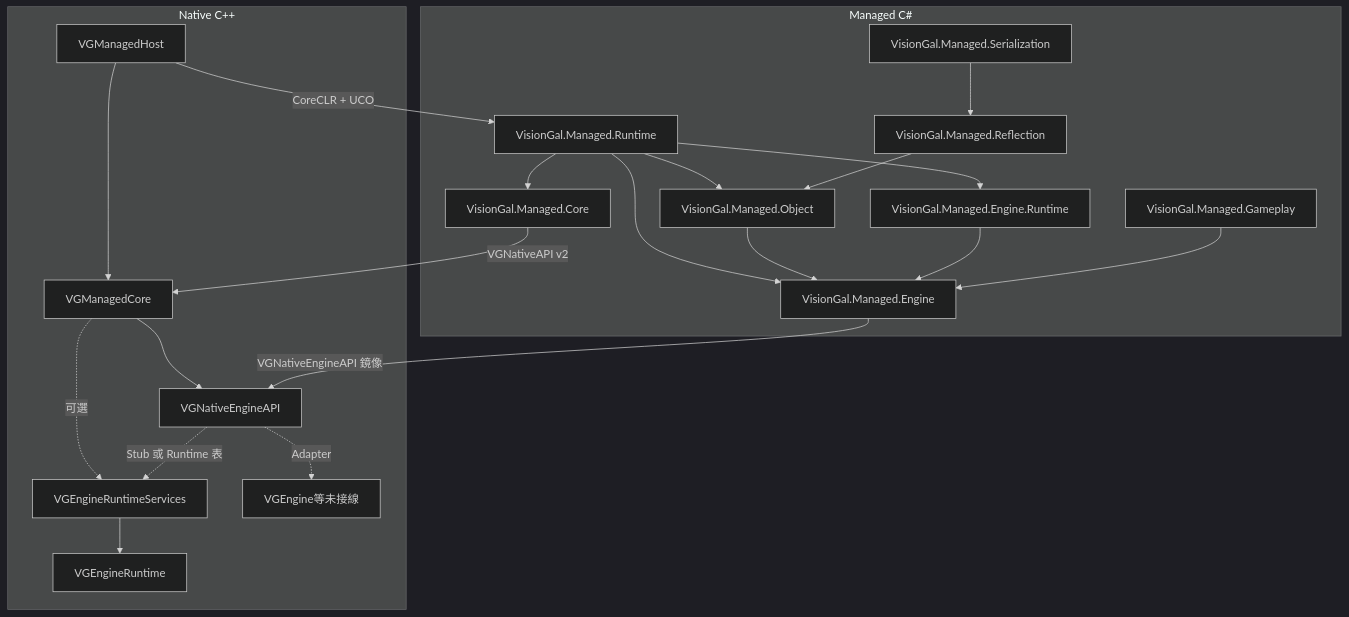
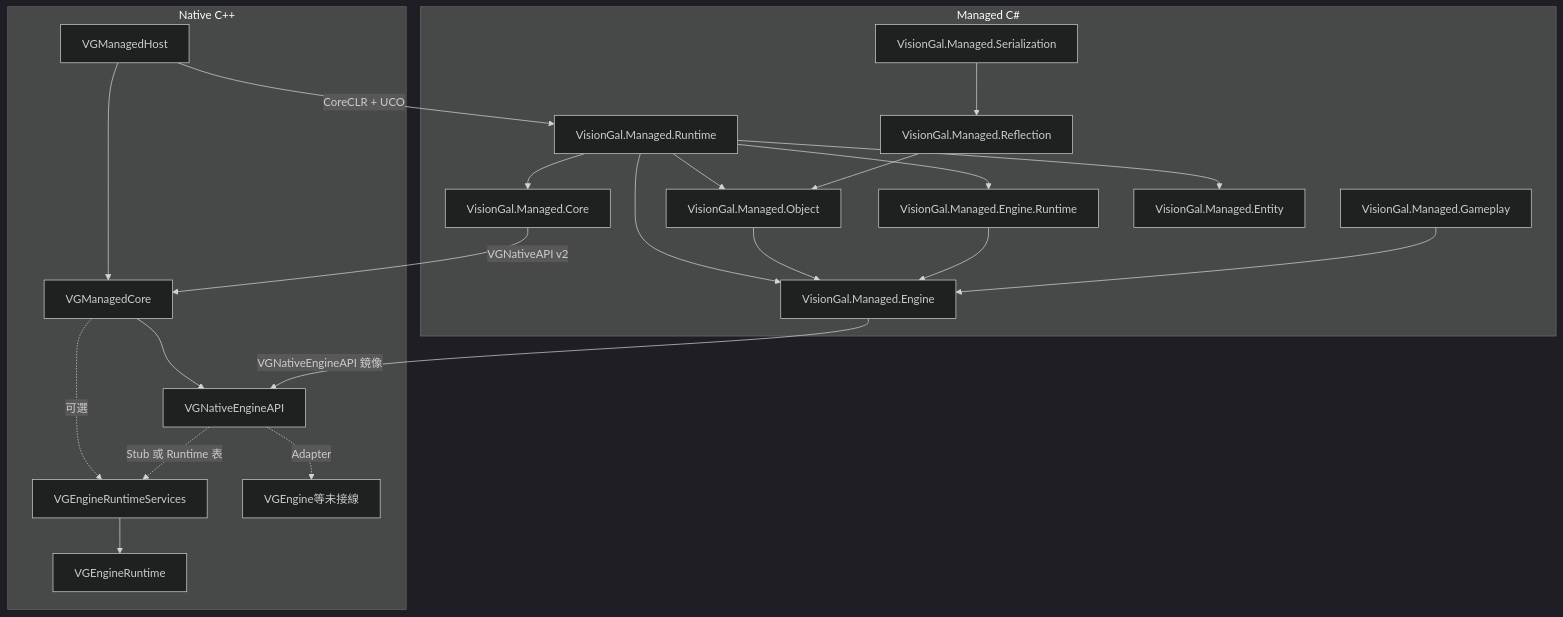
One commit to DarlingZeroX/Neverness changed the diagram in Engine/Source/Managed/MANAGED_RUNTIME_ARCHITECTURE_AND_PROGRESS.md. Above: the diagram before and after it, drawn with Mermaid (dark theme). The commit also changed other lines of this file and 741 other files, not shown here.

````diff
--- a/Engine/Source/Managed/MANAGED_RUNTIME_ARCHITECTURE_AND_PROGRESS.md
+++ b/Engine/Source/Managed/MANAGED_RUNTIME_ARCHITECTURE_AND_PROGRESS.md
@@ -9,39 +49,41 @@
 ```mermaid
 flowchart TB
   subgraph native [Native C++]
     Host[VGManagedHost]
     Core[VGManagedCore]
     EngABI[VGNativeEngineAPI]
     EngRt[VGEngineRuntime]
     EngRtSvc[VGEngineRuntimeServices]
     Future[VGEngine等未接線]
     Host --> Core
     Core --> EngABI
     Core -.->|可選| EngRtSvc
     EngRtSvc --> EngRt
     EngABI -.->|Stub 或 Runtime 表| EngRtSvc
     EngABI -.->|Adapter| Future
   end
   subgraph managed [Managed C#]
     MRuntime[VisionGal.Managed.Runtime]
     MCore[VisionGal.Managed.Core]
     MEng[VisionGal.Managed.Engine]
     MEngRt[VisionGal.Managed.Engine.Runtime]
     MObj[VisionGal.Managed.Object]
     MRefl[VisionGal.Managed.Reflection]
     MSer[VisionGal.Managed.Serialization]
     MGameplay[VisionGal.Managed.Gameplay]
+    MEntity[VisionGal.Managed.Entity]
     MRuntime --> MCore
     MRuntime --> MEng
     MRuntime --> MEngRt
     MRuntime --> MObj
+    MRuntime --> MEntity
     MObj --> MEng
     MRefl --> MObj
     MSer --> MRefl
     MEngRt --> MEng
     MGameplay --> MEng
   end
   MCore -->|"VGNativeAPI v2"| Core
   MEng -->|"VGNativeEngineAPI 鏡像"| EngABI
   Host -->|"CoreCLR + UCO"| MRuntime
 ```
````
